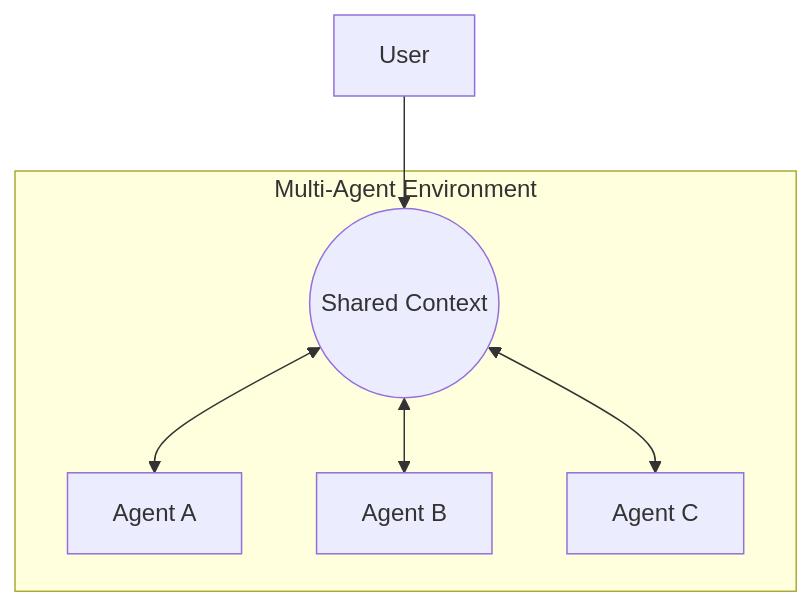
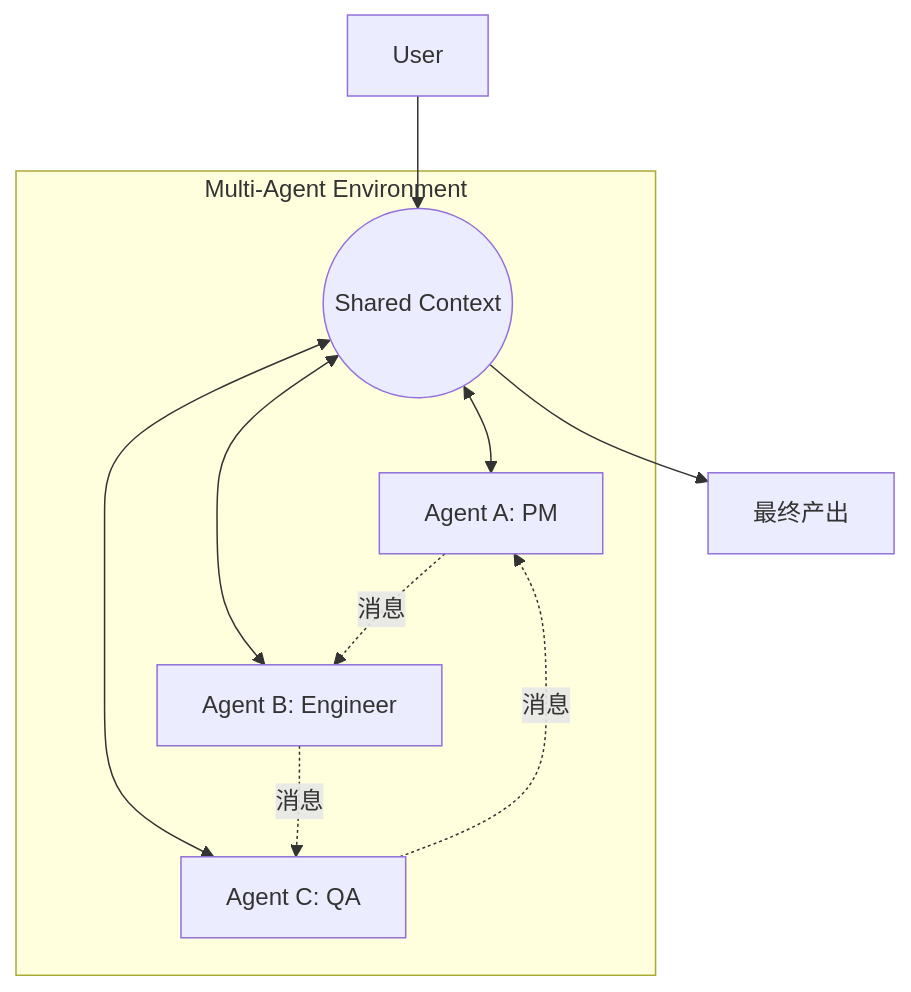
Before and after one commit to silenceboychen/blog: the eighth of 8 diagrams in source/_posts/AI-Agent-Design-Patterns-Comprehensive-Guide.md, drawn with Mermaid. The commit also changed other lines of this file, not shown here.

````diff
--- a/source/_posts/AI-Agent-Design-Patterns-Comprehensive-Guide.md
+++ b/source/_posts/AI-Agent-Design-Patterns-Comprehensive-Guide.md
@@ -169,9 +536,13 @@
 ```mermaid
 graph TD
     User --> Environment
     subgraph "Multi-Agent Environment"
-    Environment((Shared Context)) <--> AgentA[Agent A]
-    Environment <--> AgentB[Agent B]
-    Environment <--> AgentC[Agent C]
+    Environment((Shared Context)) <--> AgentA[Agent A: PM]
+    Environment <--> AgentB[Agent B: Engineer]
+    Environment <--> AgentC[Agent C: QA]
+    AgentA -.消息.-> AgentB
+    AgentB -.消息.-> AgentC
+    AgentC -.消息.-> AgentA
     end
+    Environment --> Output[最终产出]
 ```
````
